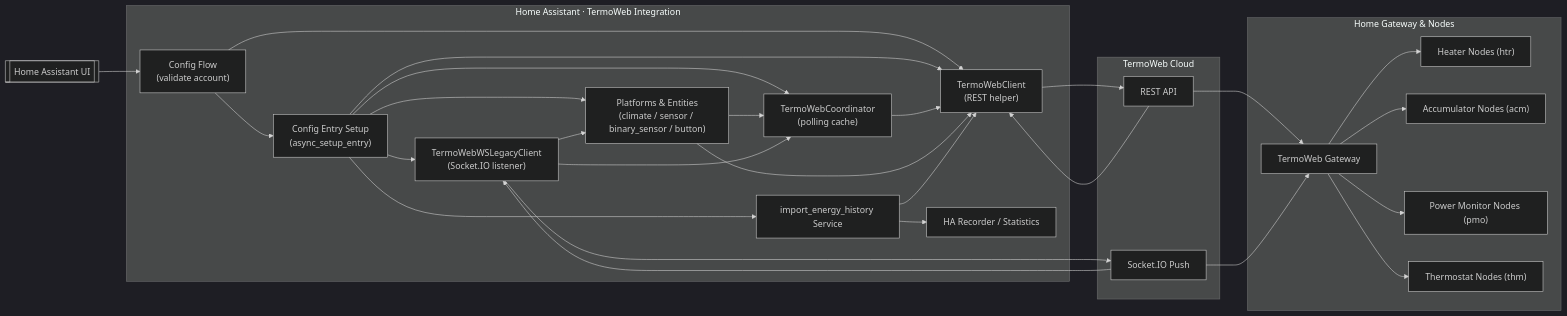
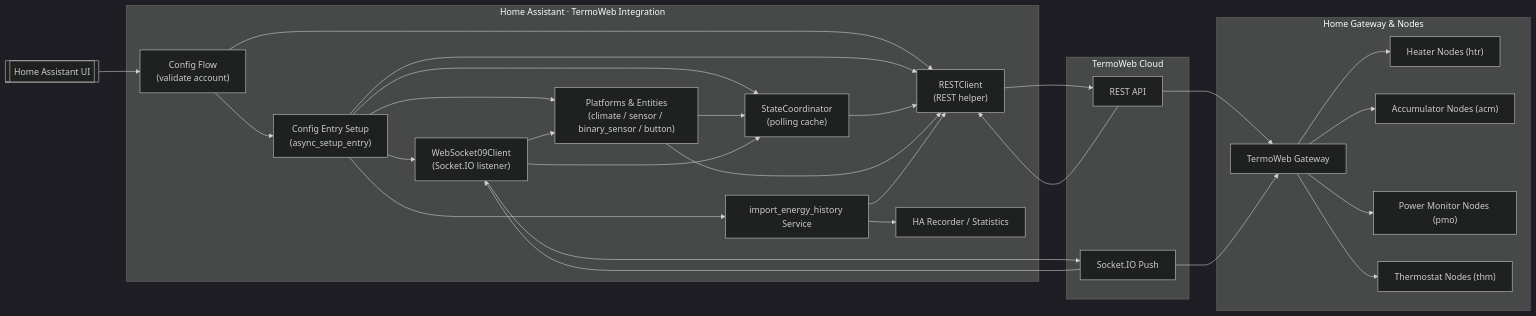
Before and after one commit to ha-termoweb/ha-termoweb: the first of 2 diagrams in docs/architecture.md, drawn with Mermaid (dark theme). The commit also changed other lines of this file and 23 other files, not shown here.

````diff
--- a/docs/architecture.md
+++ b/docs/architecture.md
@@ -18,57 +18,57 @@
 ```mermaid
 flowchart LR
     User[[Home Assistant UI]]
 
     subgraph HA[Home Assistant · TermoWeb Integration]
         CF["Config Flow\n(validate account)"]
         Setup["Config Entry Setup\n(async_setup_entry)"]
-        Client["TermoWebClient\n(REST helper)"]
-        Coord["TermoWebCoordinator\n(polling cache)"]
+        Client["RESTClient\n(REST helper)"]
+        Coord["StateCoordinator\n(polling cache)"]
         Entities["Platforms & Entities\n(climate / sensor / binary_sensor / button)"]
-        WS["TermoWebWSLegacyClient\n(Socket.IO listener)"]
+        WS["WebSocket09Client\n(Socket.IO listener)"]
         Service[import_energy_history Service]
         Recorder[HA Recorder / Statistics]
     end
 
     subgraph Cloud[TermoWeb Cloud]
         REST[REST API]
         Socket[Socket.IO Push]
     end
 
     subgraph Field[Home Gateway & Nodes]
         Gateway[TermoWeb Gateway]
         Htr["Heater Nodes (htr)"]
         Acm["Accumulator Nodes (acm)"]
         Pmo["Power Monitor Nodes (pmo)"]
         Thm["Thermostat Nodes (thm)"]
     end
 
     User --> CF
     CF --> Client
     CF --> Setup
     Setup --> Client
     Setup --> Coord
     Setup --> WS
     Setup --> Entities
     Setup --> Service
 
     Coord --> Client
     Client --> REST
     REST --> Client
     Entities --> Coord
     Entities --> Client
     WS --> Socket
     Socket --> WS
     WS --> Coord
     WS --> Entities
 
     Service --> Client
     Service --> Recorder
 
     REST --> Gateway
     Socket --> Gateway
     Gateway --> Htr
     Gateway --> Acm
     Gateway --> Pmo
     Gateway --> Thm
 ```
````
